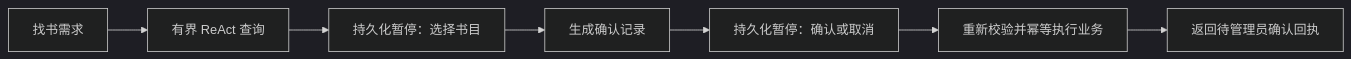
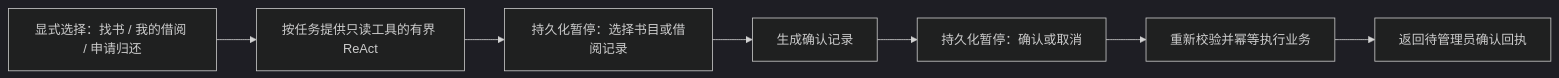
Before and after one commit to 320MUYU/liberary-agent: the diagram in docs/agent-guide.md, drawn with Mermaid (dark theme). The commit also changed other lines of this file and 8 other files, not shown here.

````diff
--- a/docs/agent-guide.md
+++ b/docs/agent-guide.md
@@ -55,9 +66,9 @@
 ```mermaid
 flowchart LR
-    Q[找书需求] --> R[有界 ReAct 查询]
-    R --> S[持久化暂停：选择书目]
+    Q[显式选择：找书 / 我的借阅 / 申请归还] --> R[按任务提供只读工具的有界 ReAct]
+    R --> S[持久化暂停：选择书目或借阅记录]
     S --> P[生成确认记录]
     P --> C[持久化暂停：确认或取消]
     C --> A[重新校验并幂等执行业务]
     A --> E[返回待管理员确认回执]
 ```
````
